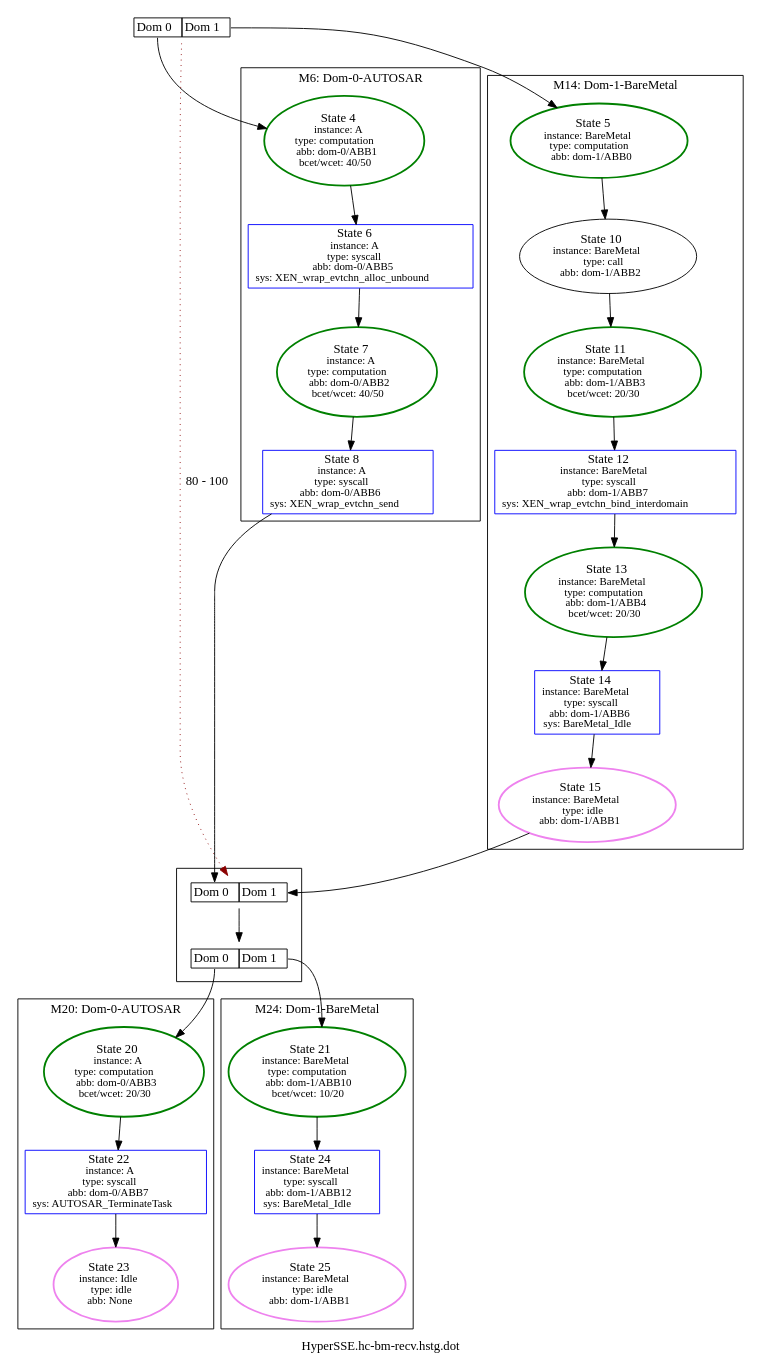
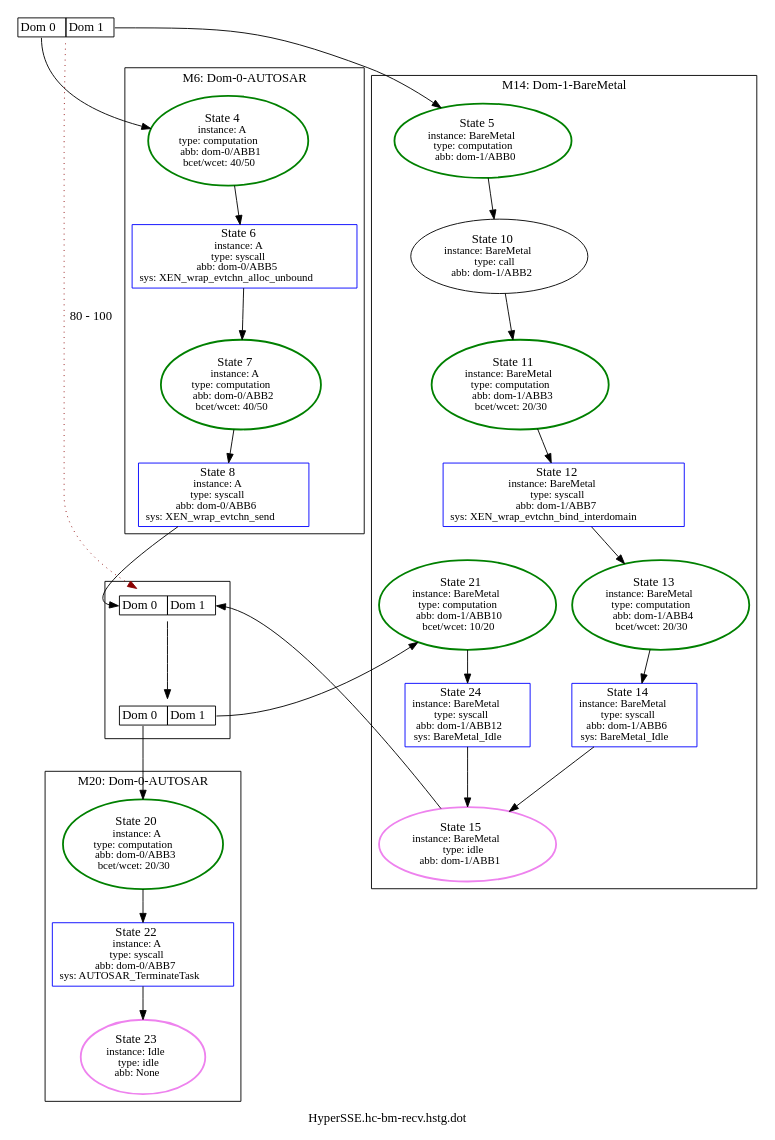
One commit to luhsra/ara changed the diagram in appl/Xen/hc-bm-recv/HyperSSE.hc-bm-recv.hstg.dot. Above: the diagram before and after it, drawn with Graphviz. The commit also changed 6 other files, not shown here.

Commit message:
BareMetal: rework Callback context, fix tests

```diff
--- a/appl/Xen/hc-bm-recv/HyperSSE.hc-bm-recv.hstg.dot
+++ b/appl/Xen/hc-bm-recv/HyperSSE.hc-bm-recv.hstg.dot
@@ -1,64 +1,59 @@
 digraph G {
 label="HyperSSE.hc-bm-recv.hstg.dot";
 1 [label=<<TABLE BORDER="0" CELLBORDER="1" CELLSPACING="0"><TR><TD PORT="c0">Dom 0</TD><TD PORT="c1">Dom 1</TD></TR></TABLE>>, shape=plaintext, tooltip=1];
 subgraph cluster_6 {
 label="M6: Dom-0-AUTOSAR";
 2 [color=green, fontsize=14, label=<State 4<br/><font point-size='12'>instance: A<br/>type: computation<br/>abb: dom-0/ABB1<br/>bcet/wcet: 40/50</font>>, style=bold, tooltip=2];
 3 [color=blue, fontsize=14, label=<State 6<br/><font point-size='12'>instance: A<br/>type: syscall<br/>abb: dom-0/ABB5<br/>sys: XEN_wrap_evtchn_alloc_unbound</font>>, shape=box, tooltip=3];
 4 [color=green, fontsize=14, label=<State 7<br/><font point-size='12'>instance: A<br/>type: computation<br/>abb: dom-0/ABB2<br/>bcet/wcet: 40/50</font>>, style=bold, tooltip=4];
 5 [color=blue, fontsize=14, label=<State 8<br/><font point-size='12'>instance: A<br/>type: syscall<br/>abb: dom-0/ABB6<br/>sys: XEN_wrap_evtchn_send</font>>, shape=box, tooltip=5];
 }
 
 subgraph cluster_14 {
 label="M14: Dom-1-BareMetal";
 7 [color=green, fontsize=14, label=<State 5<br/><font point-size='12'>instance: BareMetal<br/>type: computation<br/>abb: dom-1/ABB0</font>>, style=bold, tooltip=7];
 8 [fontsize=14, label=<State 10<br/><font point-size='12'>instance: BareMetal<br/>type: call<br/>abb: dom-1/ABB2</font>>, tooltip=8];
 9 [color=green, fontsize=14, label=<State 11<br/><font point-size='12'>instance: BareMetal<br/>type: computation<br/>abb: dom-1/ABB3<br/>bcet/wcet: 20/30</font>>, style=bold, tooltip=9];
 10 [color=blue, fontsize=14, label=<State 12<br/><font point-size='12'>instance: BareMetal<br/>type: syscall<br/>abb: dom-1/ABB7<br/>sys: XEN_wrap_evtchn_bind_interdomain</font>>, shape=box, tooltip=10];
 11 [color=green, fontsize=14, label=<State 13<br/><font point-size='12'>instance: BareMetal<br/>type: computation<br/>abb: dom-1/ABB4<br/>bcet/wcet: 20/30</font>>, style=bold, tooltip=11];
 12 [color=blue, fontsize=14, label=<State 14<br/><font point-size='12'>instance: BareMetal<br/>type: syscall<br/>abb: dom-1/ABB6<br/>sys: BareMetal_Idle</font>>, shape=box, tooltip=12];
 13 [color=violet, fontsize=14, label=<State 15<br/><font point-size='12'>instance: BareMetal<br/>type: idle<br/>abb: dom-1/ABB1</font>>, style=bold, tooltip=13];
+21 [color=green, fontsize=14, label=<State 21<br/><font point-size='12'>instance: BareMetal<br/>type: computation<br/>abb: dom-1/ABB10<br/>bcet/wcet: 10/20</font>>, style=bold, tooltip=21];
+22 [color=blue, fontsize=14, label=<State 24<br/><font point-size='12'>instance: BareMetal<br/>type: syscall<br/>abb: dom-1/ABB12<br/>sys: BareMetal_Idle</font>>, shape=box, tooltip=22];
 }
 
 subgraph cluster_20 {
 label="M20: Dom-0-AUTOSAR";
 17 [color=green, fontsize=14, label=<State 20<br/><font point-size='12'>instance: A<br/>type: computation<br/>abb: dom-0/ABB3<br/>bcet/wcet: 20/30</font>>, style=bold, tooltip=17];
 18 [color=blue, fontsize=14, label=<State 22<br/><font point-size='12'>instance: A<br/>type: syscall<br/>abb: dom-0/ABB7<br/>sys: AUTOSAR_TerminateTask</font>>, shape=box, tooltip=18];
 19 [color=violet, fontsize=14, label=<State 23<br/><font point-size='12'>instance: Idle<br/>type: idle<br/>abb: None</font>>, style=bold, tooltip=19];
-}
-
-subgraph cluster_24 {
-label="M24: Dom-1-BareMetal";
-21 [color=green, fontsize=14, label=<State 21<br/><font point-size='12'>instance: BareMetal<br/>type: computation<br/>abb: dom-1/ABB10<br/>bcet/wcet: 10/20</font>>, style=bold, tooltip=21];
-22 [color=blue, fontsize=14, label=<State 24<br/><font point-size='12'>instance: BareMetal<br/>type: syscall<br/>abb: dom-1/ABB12<br/>sys: BareMetal_Idle</font>>, shape=box, tooltip=22];
-23 [color=violet, fontsize=14, label=<State 25<br/><font point-size='12'>instance: BareMetal<br/>type: idle<br/>abb: dom-1/ABB1</font>>, style=bold, tooltip=23];
 }
 
 subgraph cluster_Metasync15 {
 label="";
 15 [label=<<TABLE BORDER="0" CELLBORDER="1" CELLSPACING="0"><TR><TD PORT="c0">Dom 0</TD><TD PORT="c1">Dom 1</TD></TR></TABLE>>, shape=plaintext, tooltip=15];
 16 [label=<<TABLE BORDER="0" CELLBORDER="1" CELLSPACING="0"><TR><TD PORT="c0">Dom 0</TD><TD PORT="c1">Dom 1</TD></TR></TABLE>>, shape=plaintext, tooltip=16];
 }
 
 1:c0 -> 2  [color=black];
 1:c1 -> 7  [color=black];
 1 -> 15  [color=darkred, label="80 - 100", style=dotted];
 2 -> 3  [color=black];
 3 -> 4  [color=black];
 4 -> 5  [color=black];
 5 -> 15:c0  [color=black];
 7 -> 8  [color=black];
 8 -> 9  [color=black];
 9 -> 10  [color=black];
 10 -> 11  [color=black];
 11 -> 12  [color=black];
 12 -> 13  [color=black];
 13 -> 15:c1  [color=black];
 15 -> 16  [color=black];
 16:c0 -> 17  [color=black];
 16:c1 -> 21  [color=black];
 17 -> 18  [color=black];
 18 -> 19  [color=black];
 21 -> 22  [color=black];
-22 -> 23  [color=black];
+22 -> 13  [color=black];
 }
```
